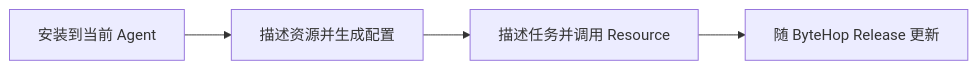
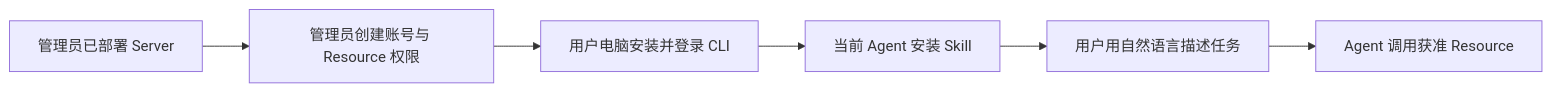
Before and after one commit to rayui-lab/bytehop-docs: the first of 2 diagrams in content/docs/using/agent-workflow.mdx, drawn with Mermaid. The commit also changed other lines of this file and 2 other files, not shown here.

````diff
--- a/content/docs/using/agent-workflow.mdx
+++ b/content/docs/using/agent-workflow.mdx
@@ -21,6 +21,8 @@
 ```mermaid
 flowchart LR
-  I[安装到当前 Agent] --> C[描述资源并生成配置]
-  C --> U[描述任务并调用 Resource]
-  U --> N[随 ByteHop Release 更新]
+  S[管理员已部署 Server] --> A[管理员创建账号与 Resource 权限]
+  A --> C[用户电脑安装并登录 CLI]
+  C --> K[当前 Agent 安装 Skill]
+  K --> U[用户用自然语言描述任务]
+  U --> R[Agent 调用获准 Resource]
 ```
````
